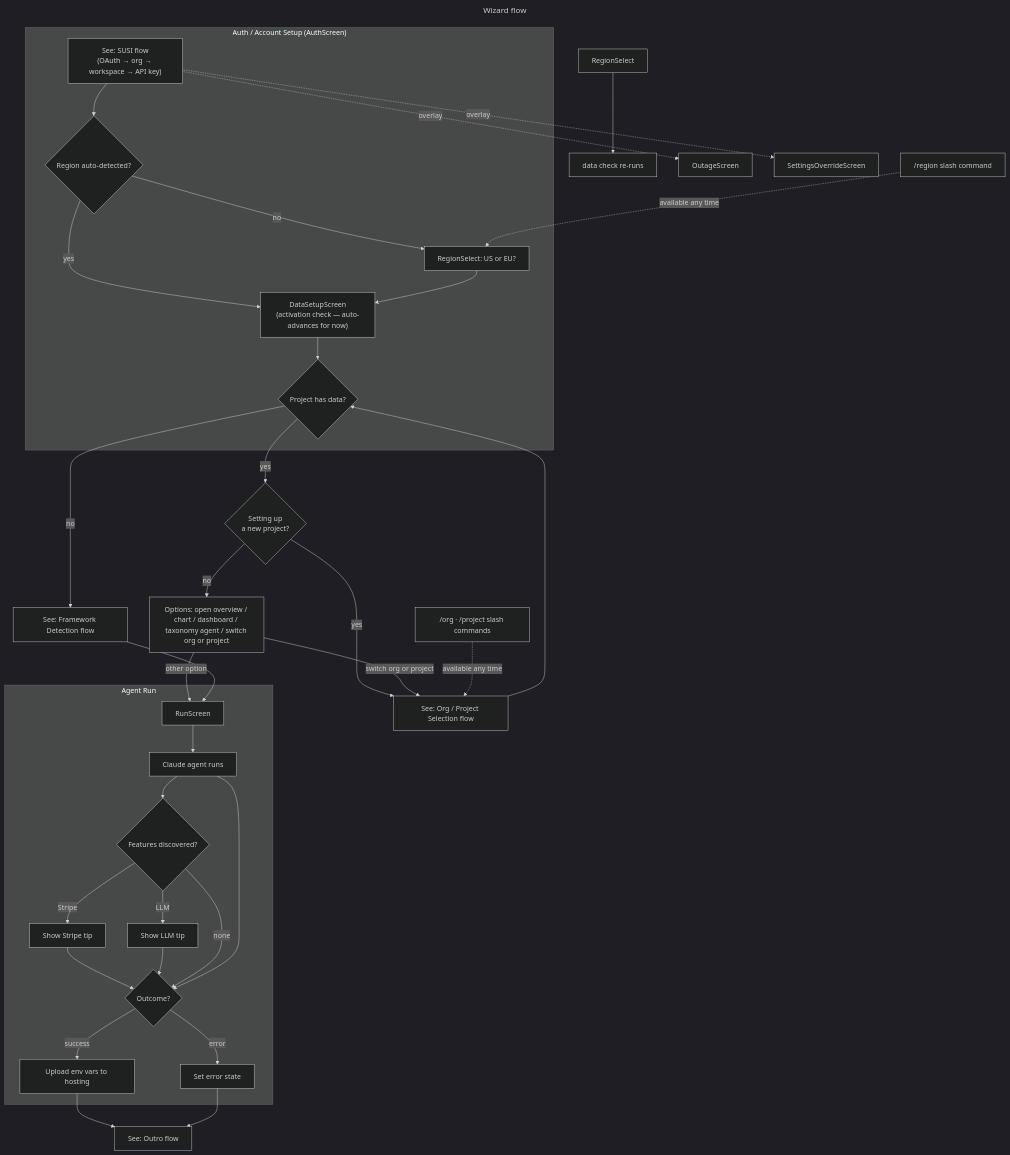
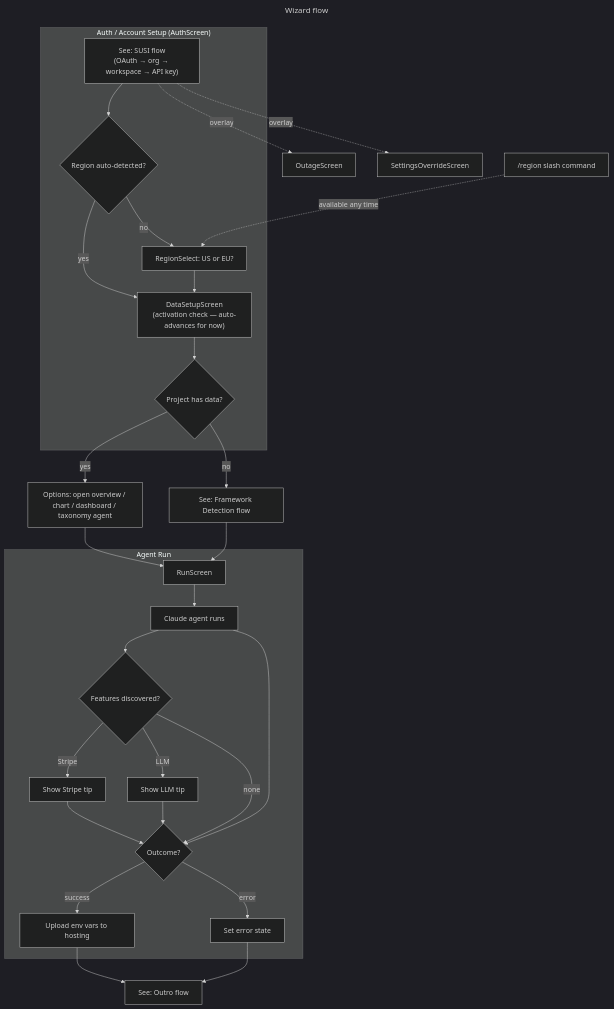
One commit to amplitude/wizard changed the diagram in docs/diagrams/wizard-flow.mmd. Above: the diagram before and after it, drawn with Mermaid (dark theme). The commit also changed 18 other files, not shown here.

First line of the commit message:
Remove org/project switching — single org per OAuth session

```diff
--- a/docs/diagrams/wizard-flow.mmd
+++ b/docs/diagrams/wizard-flow.mmd
@@ -1,43 +1,37 @@
 ---
 title: Wizard flow
 ---
 flowchart TD
     subgraph AUTH ["Auth / Account Setup (AuthScreen)"]
         SUSI["See: SUSI flow<br/>(OAuth → org → workspace → API key)"]
         SUSI --> REGION_CHECK{Region auto-detected?}
         REGION_CHECK -->|yes| DATA_SETUP
         REGION_CHECK -->|no| REGION_SELECT["RegionSelect: US or EU?"]
         REGION_SELECT --> DATA_SETUP["DataSetupScreen<br/>(activation check — auto-advances for now)"]
         DATA_SETUP --> DATA_CHECK{Project has data?}
     end
 
     DATA_CHECK -->|no| FRAMEWORK["See: Framework Detection flow"]
-    DATA_CHECK -->|yes| NEW_PROJECT{Setting up<br/>a new project?}
-    NEW_PROJECT -->|yes| ORG_PROJECT["See: Org / Project Selection flow"]
-    NEW_PROJECT -->|no| OPTIONS["Options: open overview / chart / dashboard / taxonomy agent / switch org or project"]
-    ORG_PROJECT --> DATA_CHECK
+    DATA_CHECK -->|yes| OPTIONS["Options: open overview / chart / dashboard / taxonomy agent"]
 
-    OPTIONS -->|switch org or project| ORG_PROJECT
-    OPTIONS -->|other option| RUN
+    OPTIONS --> RUN
     FRAMEWORK --> RUN
 
-    SLASH_CMD["/org · /project slash commands"] -. available any time .-> ORG_PROJECT
     SLASH_REGION["/region slash command"] -. available any time .-> REGION_SELECT
-    REGION_SELECT_2["RegionSelect"] --> DATA_CHECK2["data check re-runs"]
 
     subgraph AGENT_RUN ["Agent Run"]
         RUN["RunScreen"] --> AGENT["Claude agent runs"]
         AGENT --> FEATURES{Features discovered?}
         FEATURES -->|Stripe| STRIPE_TIP["Show Stripe tip"] --> OUTCOME
         FEATURES -->|LLM| LLM_TIP["Show LLM tip"] --> OUTCOME
         FEATURES -->|none| OUTCOME
         AGENT --> OUTCOME{Outcome?}
         OUTCOME -->|success| POST["Upload env vars to hosting"]
         OUTCOME -->|error| ERR["Set error state"]
     end
 
     POST --> OUTRO["See: Outro flow"]
     ERR --> OUTRO
 
     SUSI -. overlay .-> OUTAGE["OutageScreen"]
     SUSI -. overlay .-> SETTINGS_OVR["SettingsOverrideScreen"]
```
